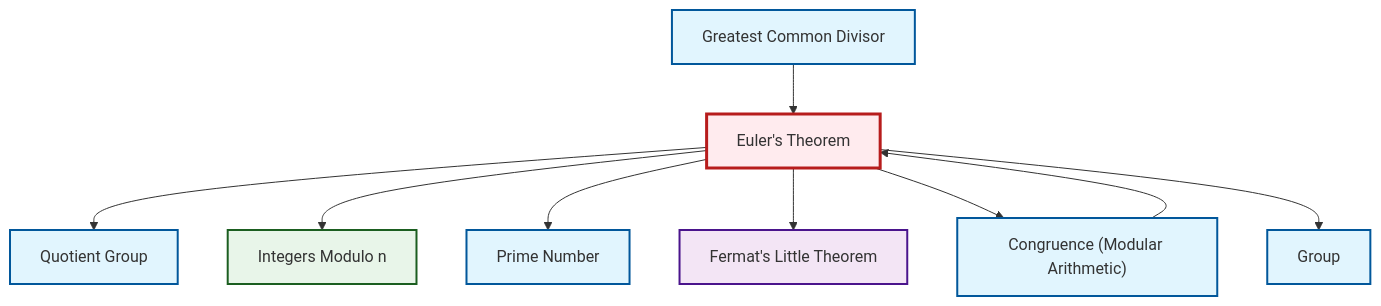
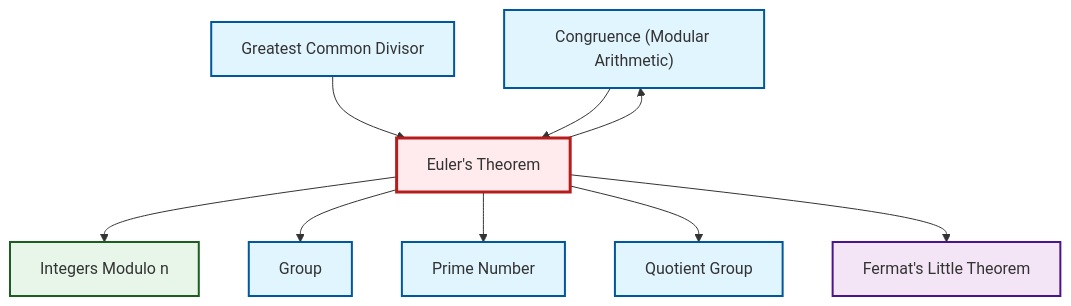
One commit to RK0429/ModernMath changed the diagram in output/mermaid/en/thm-euler.mermaid. Above: the diagram before and after it, drawn with Mermaid. The commit also changed other lines of this file and 1716 other files, not shown here.

```diff
--- a/output/mermaid/en/thm-euler.mermaid
+++ b/output/mermaid/en/thm-euler.mermaid
@@ -1,23 +1,23 @@
 graph TD
     classDef definition fill:#e1f5fe,stroke:#01579b,stroke-width:2px
     classDef theorem fill:#f3e5f5,stroke:#4a148c,stroke-width:2px
     classDef axiom fill:#fff3e0,stroke:#e65100,stroke-width:2px
     classDef example fill:#e8f5e9,stroke:#1b5e20,stroke-width:2px
     classDef current fill:#ffebee,stroke:#b71c1c,stroke-width:3px
-    def-group["Group"]:::definition
+    def-congruence["Congruence (Modular Arithmetic)"]:::definition
     def-quotient-group["Quotient Group"]:::definition
     thm-fermat-little["Fermat's Little Theorem"]:::theorem
+    def-group["Group"]:::definition
+    def-prime["Prime Number"]:::definition
     def-gcd["Greatest Common Divisor"]:::definition
+    ex-quotient-integers-mod-n["Integers Modulo n"]:::example
     thm-euler["Euler's Theorem"]:::theorem
-    def-prime["Prime Number"]:::definition
-    def-congruence["Congruence (Modular Arithmetic)"]:::definition
-    ex-quotient-integers-mod-n["Integers Modulo n"]:::example
+    def-gcd --> thm-euler
+    def-congruence --> thm-euler
+    thm-euler --> ex-quotient-integers-mod-n
+    thm-euler --> def-group
+    thm-euler --> def-prime
     thm-euler --> def-quotient-group
-    thm-euler --> ex-quotient-integers-mod-n
-    def-gcd --> thm-euler
-    thm-euler --> def-prime
-    def-congruence --> thm-euler
+    thm-euler --> def-congruence
     thm-euler --> thm-fermat-little
-    thm-euler --> def-congruence
-    thm-euler --> def-group
     class thm-euler current
```
